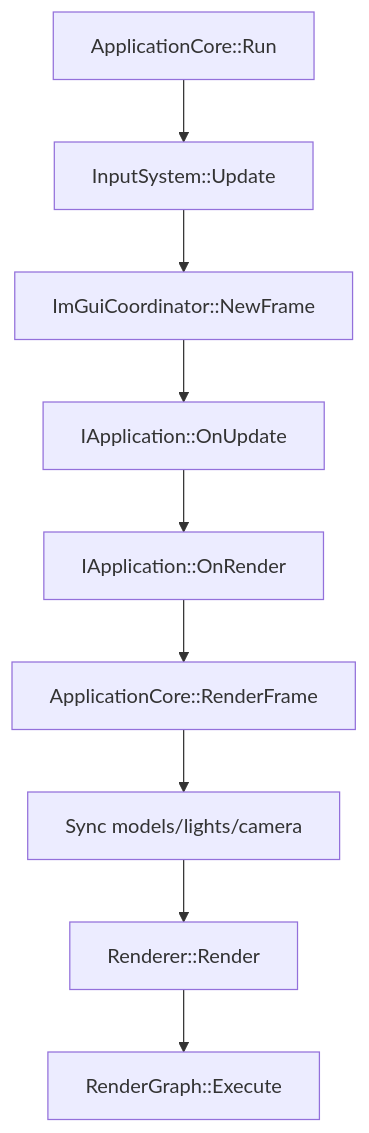
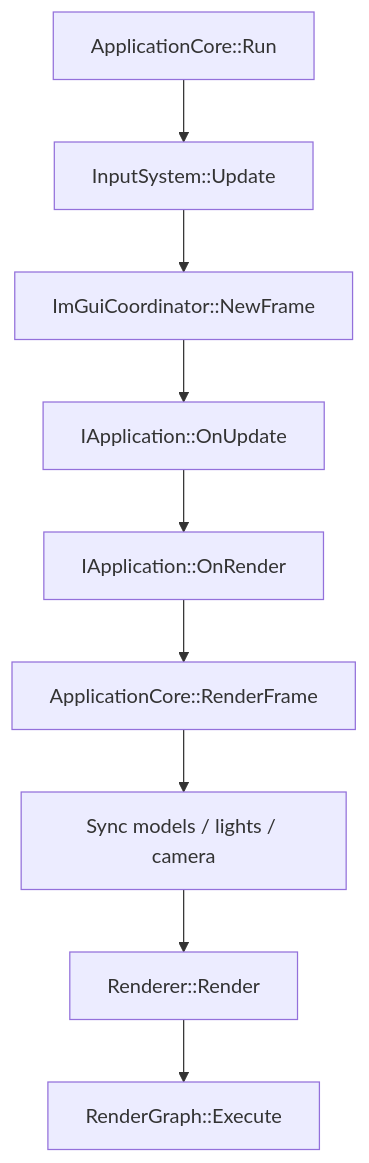
The second of 2 diagrams in README.md (ShiromiSasami/SasamiRenderer), drawn with Mermaid before and after one commit. The commit also changed other lines of this file, not shown here.

````diff
--- a/README.md
+++ b/README.md
@@ -324,11 +90,11 @@
 ```mermaid
 flowchart TD
     A["ApplicationCore::Run"] --> B["InputSystem::Update"]
     B --> C["ImGuiCoordinator::NewFrame"]
     C --> D["IApplication::OnUpdate"]
     D --> E["IApplication::OnRender"]
     E --> F["ApplicationCore::RenderFrame"]
-    F --> G["Sync models/lights/camera"]
+    F --> G["Sync models / lights / camera"]
     G --> H["Renderer::Render"]
     H --> I["RenderGraph::Execute"]
 ```
````
